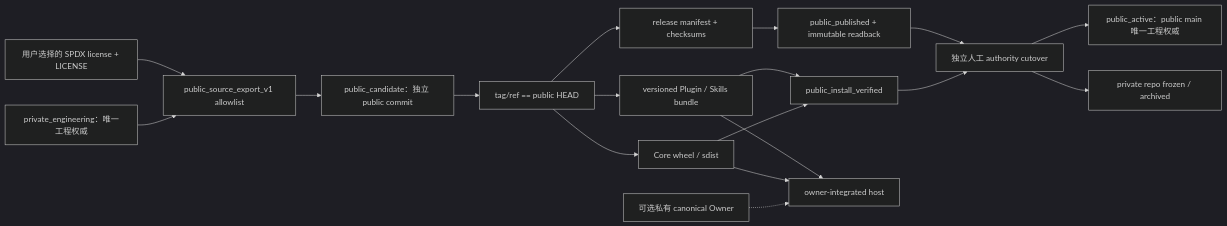
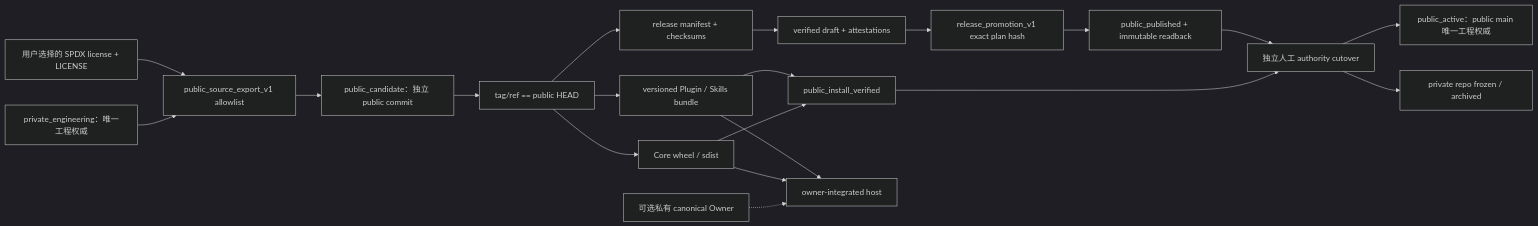
One commit to lly-personal/agent-memory-sidecar changed the third of 3 diagrams in docs/specs/topology.md. Above: the diagram before and after it, drawn with Mermaid (dark theme). The commit also changed other lines of this file and 16 other files, not shown here.

First line of the commit message:
Add deterministic immutable release promotion (#11)

````diff
--- a/docs/specs/topology.md
+++ b/docs/specs/topology.md
@@ -301,20 +301,22 @@
 ```mermaid
 flowchart LR
     PRV["private_engineering：唯一工程权威"] --> EX["public_source_export_v1 allowlist"]
     LIC["用户选择的 SPDX license + LICENSE"] --> EX
     EX --> PUB["public_candidate：独立 public commit"]
     PUB --> REL["tag/ref == public HEAD"]
     REL --> CORE["Core wheel / sdist"]
     REL --> PORT["versioned Plugin / Skills bundle"]
     REL --> MAN["release manifest + checksums"]
+    MAN --> DRAFT["verified draft + attestations"]
+    DRAFT --> PROMOTE["release_promotion_v1 exact plan hash"]
     CORE --> INST["public_install_verified"]
     PORT --> INST
-    MAN --> PUBLISHED["public_published + immutable readback"]
+    PROMOTE --> PUBLISHED["public_published + immutable readback"]
     INST --> CUT["独立人工 authority cutover"]
     PUBLISHED --> CUT
     CUT --> ACTIVE["public_active：public main 唯一工程权威"]
     CUT --> ARCH["private repo frozen / archived"]
     OWN["可选私有 canonical Owner"] -.-> HOST["owner-integrated host"]
     CORE --> HOST
     PORT --> HOST
 ```
````
